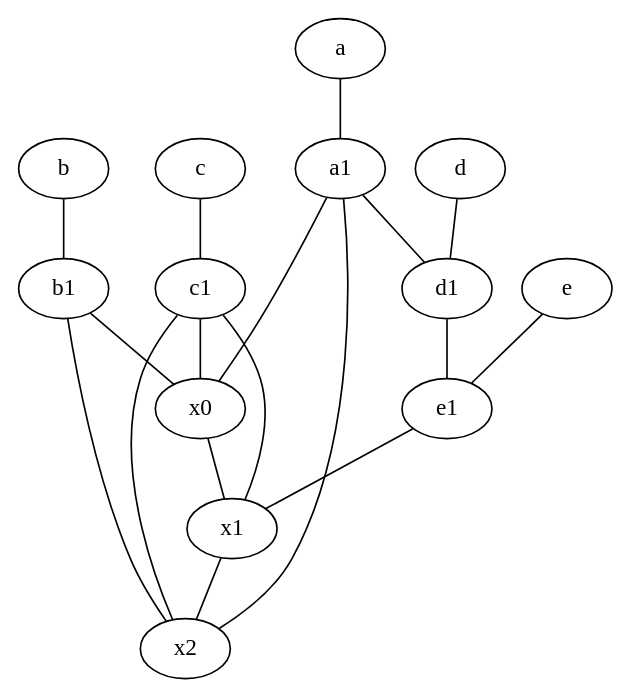
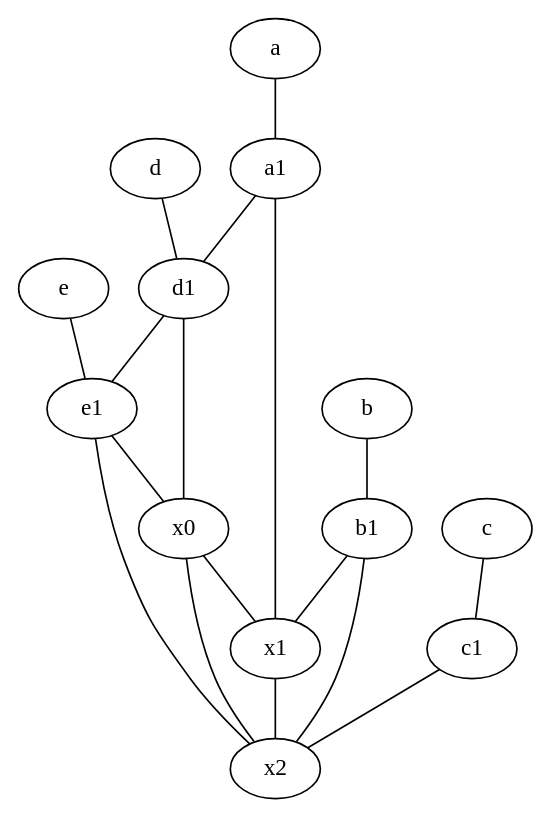
One commit to anisabnis/graph_inference changed the diagram in results_best/surfnet8/inf.dot. Above: the diagram before and after it, drawn with Graphviz. The commit also changed 3498 other files, not shown here.

```diff
--- a/results_best/surfnet8/inf.dot
+++ b/results_best/surfnet8/inf.dot
@@ -1,33 +1,33 @@
 graph {
 	node [labelfontsize=50]
+	x2 [labelfontsize=50]
+	x0 [labelfontsize=50]
+	a [labelfontsize=50 pos="8,2!"]
 	b [labelfontsize=50 pos="10,4!"]
+	a1 [labelfontsize=50 pos="8,3!"]
+	d [labelfontsize=50 pos="2,5!"]
+	d1 [labelfontsize=50 pos="3,5!"]
 	b1 [labelfontsize=50 pos="9,4!"]
-	d1 [labelfontsize=50 pos="3,5!"]
+	e1 [labelfontsize=50 pos="7,7!"]
+	e [labelfontsize=50 pos="7,9!"]
 	c [labelfontsize=50 pos="4.5,2!"]
-	x2 [labelfontsize=50]
 	c1 [labelfontsize=50 pos="4.5,3!"]
-	e1 [labelfontsize=50 pos="7,7!"]
-	a1 [labelfontsize=50 pos="8,3!"]
-	x0 [labelfontsize=50]
 	x1 [labelfontsize=50]
-	a [labelfontsize=50 pos="8,2!"]
-	e [labelfontsize=50 pos="7,9!"]
-	d [labelfontsize=50 pos="2,5!"]
+	x1 -- x2
+	d1 -- e1
+	c -- c1
+	d1 -- x0
+	c1 -- x2
+	b1 -- x1
+	a1 -- d1
+	x0 -- x2
+	e1 -- x0
+	b -- b1
+	e1 -- x2
+	a1 -- x1
+	b1 -- x2
+	a -- a1
+	x0 -- x1
+	d -- d1
 	e -- e1
-	b1 -- x2
-	b -- b1
-	x0 -- x1
-	a1 -- x2
-	d -- d1
-	a1 -- d1
-	e1 -- x1
-	c -- c1
-	c1 -- x0
-	c1 -- x2
-	d1 -- e1
-	x1 -- x2
-	c1 -- x1
-	a -- a1
-	b1 -- x0
-	a1 -- x0
 }
```
